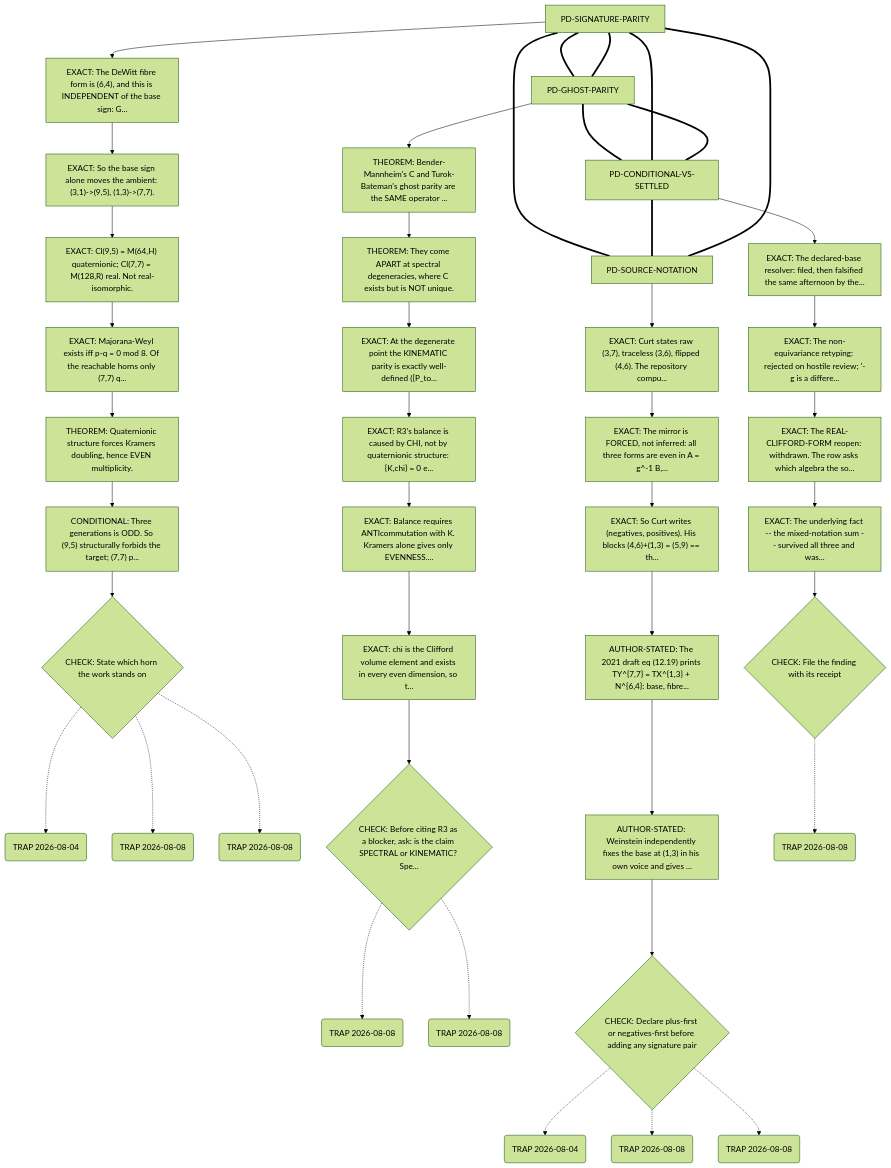
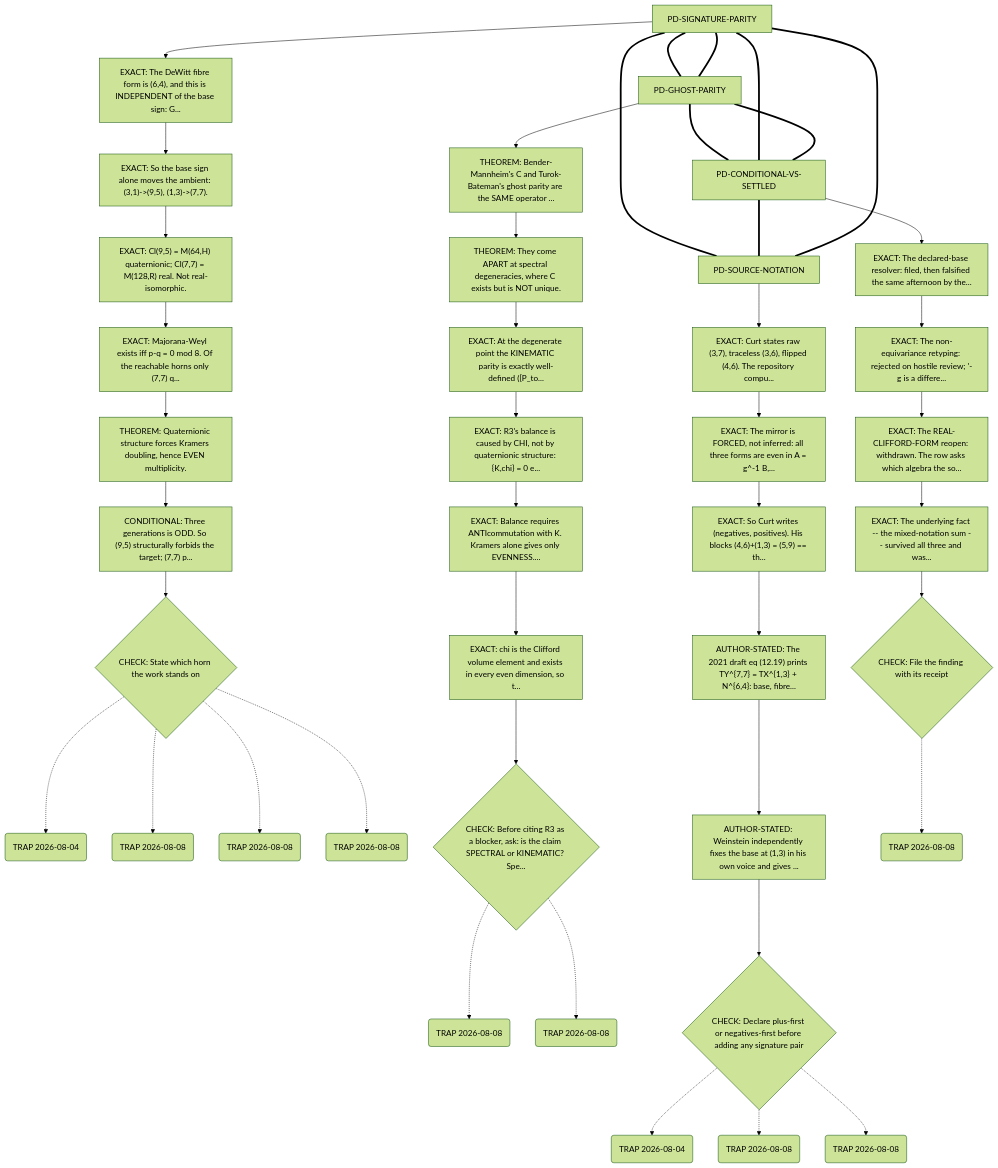
One commit to disruptionjoe/gu-formalization changed the diagram in lab/process/path-dependencies.md. Above: the diagram before and after it, drawn with Mermaid (forest theme). The commit also changed other lines of this file and 2 other files, not shown here.

```diff
--- a/lab/process/path-dependencies.md
+++ b/lab/process/path-dependencies.md
@@ -30,6 +30,8 @@
   PD_SIGNATURE_PARITY_chk -.-> PD_SIGNATURE_PARITY_t1
   PD_SIGNATURE_PARITY_t2("TRAP 2026-08-08")
   PD_SIGNATURE_PARITY_chk -.-> PD_SIGNATURE_PARITY_t2
+  PD_SIGNATURE_PARITY_t3("TRAP 2026-08-08")
+  PD_SIGNATURE_PARITY_chk -.-> PD_SIGNATURE_PARITY_t3
   PD_GHOST_PARITY["PD-GHOST-PARITY"]
   PD_GHOST_PARITY_s0["THEOREM: Bender-Mannheim's C and Turok-Bateman's ghost parity are the SAME operator ..."]
   PD_GHOST_PARITY --> PD_GHOST_PARITY_s0
```
